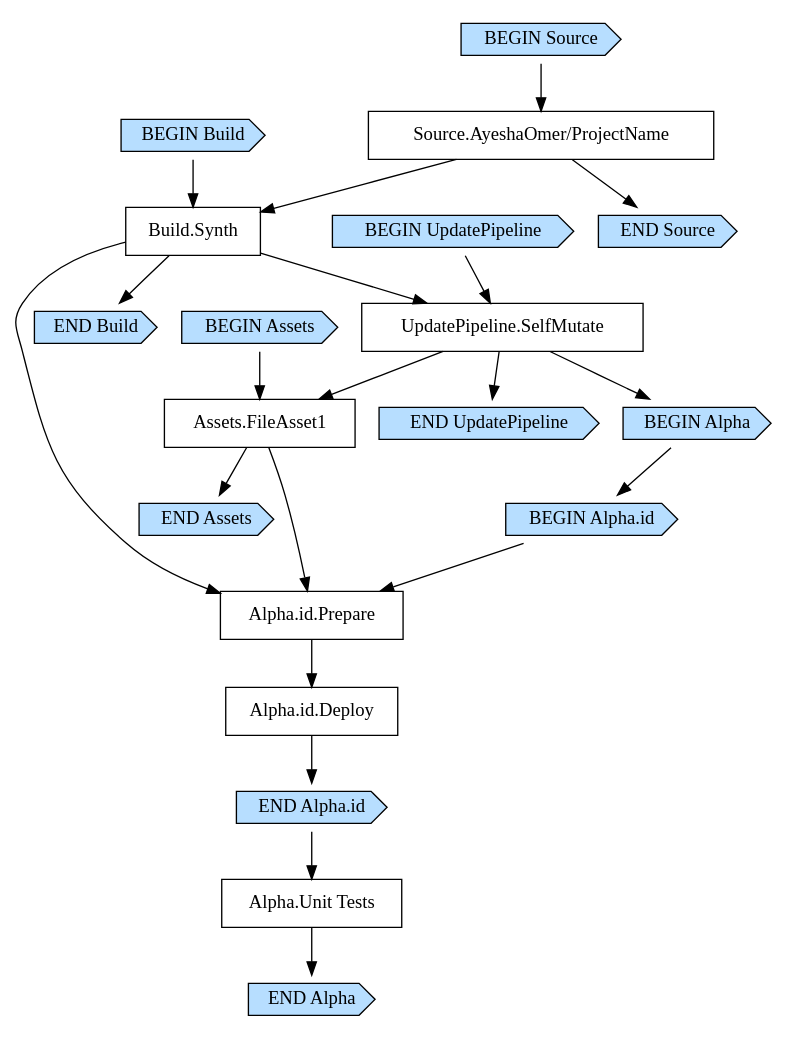
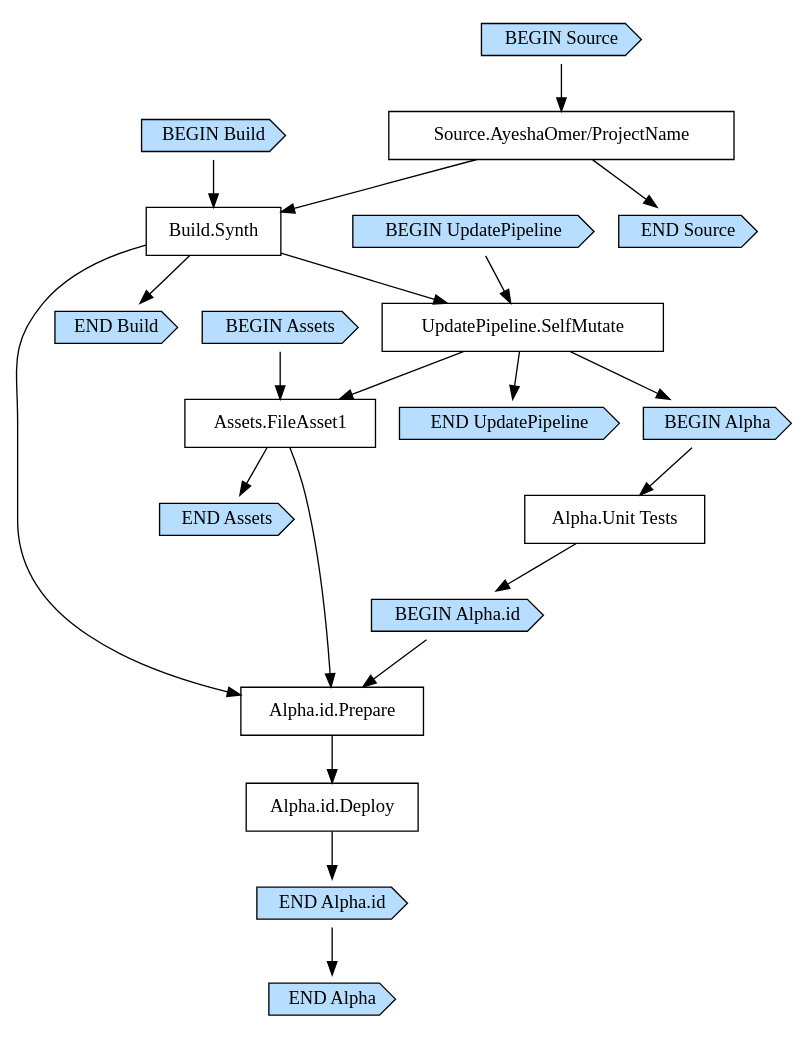
One commit to AyeshaOmer/ProjectName changed the diagram in Ayesha/cdk.out/PipelineStackpipelineE8F65EF0.dot. Above: the diagram before and after it, drawn with Graphviz. The commit also changed 5 other files, not shown here.

```diff
--- a/Ayesha/cdk.out/PipelineStackpipelineE8F65EF0.dot
+++ b/Ayesha/cdk.out/PipelineStackpipelineE8F65EF0.dot
@@ -1,46 +1,46 @@
 digraph G {
   # Arrows represent an "unlocks" relationship (opposite of dependency). So chosen
   # because the layout looks more natural that way.
   # To represent subgraph dependencies, subgraphs are represented by BEGIN/END nodes.
   # To render: `dot -Tsvg PipelineStackpipelineE8F65EF0.dot > graph.svg`, open in a browser.
   node [shape="box"];
 "BEGIN Build" [shape="cds", style="filled", fillcolor="#b7deff"];
 "END Build" [shape="cds", style="filled", fillcolor="#b7deff"];
 "Build.Synth";
 "Source.AyeshaOmer/ProjectName" -> "Build.Synth";
 "BEGIN Build" -> "Build.Synth";
 "Build.Synth" -> "END Build";
 "BEGIN UpdatePipeline" [shape="cds", style="filled", fillcolor="#b7deff"];
 "END UpdatePipeline" [shape="cds", style="filled", fillcolor="#b7deff"];
 "UpdatePipeline.SelfMutate";
 "Build.Synth" -> "UpdatePipeline.SelfMutate";
 "BEGIN UpdatePipeline" -> "UpdatePipeline.SelfMutate";
 "UpdatePipeline.SelfMutate" -> "END UpdatePipeline";
 "BEGIN Assets" [shape="cds", style="filled", fillcolor="#b7deff"];
 "END Assets" [shape="cds", style="filled", fillcolor="#b7deff"];
 "Assets.FileAsset1";
 "UpdatePipeline.SelfMutate" -> "Assets.FileAsset1";
 "BEGIN Assets" -> "Assets.FileAsset1";
 "Assets.FileAsset1" -> "END Assets";
 "BEGIN Alpha" [shape="cds", style="filled", fillcolor="#b7deff"];
 "END Alpha" [shape="cds", style="filled", fillcolor="#b7deff"];
 "UpdatePipeline.SelfMutate" -> "BEGIN Alpha";
 "BEGIN Alpha.id" [shape="cds", style="filled", fillcolor="#b7deff"];
 "END Alpha.id" [shape="cds", style="filled", fillcolor="#b7deff"];
+"Alpha.Unit Tests" -> "BEGIN Alpha.id";
 "Alpha.id.Deploy";
 "Alpha.id.Prepare" -> "Alpha.id.Deploy";
 "Alpha.id.Prepare";
 "Build.Synth" -> "Alpha.id.Prepare";
 "Assets.FileAsset1" -> "Alpha.id.Prepare";
 "BEGIN Alpha.id" -> "Alpha.id.Prepare";
 "Alpha.id.Deploy" -> "END Alpha.id";
 "Alpha.Unit Tests";
-"END Alpha.id" -> "Alpha.Unit Tests";
-"BEGIN Alpha" -> "BEGIN Alpha.id";
-"Alpha.Unit Tests" -> "END Alpha";
+"BEGIN Alpha" -> "Alpha.Unit Tests";
+"END Alpha.id" -> "END Alpha";
 "BEGIN Source" [shape="cds", style="filled", fillcolor="#b7deff"];
 "END Source" [shape="cds", style="filled", fillcolor="#b7deff"];
 "Source.AyeshaOmer/ProjectName";
 "BEGIN Source" -> "Source.AyeshaOmer/ProjectName";
 "Source.AyeshaOmer/ProjectName" -> "END Source";
 }
```
